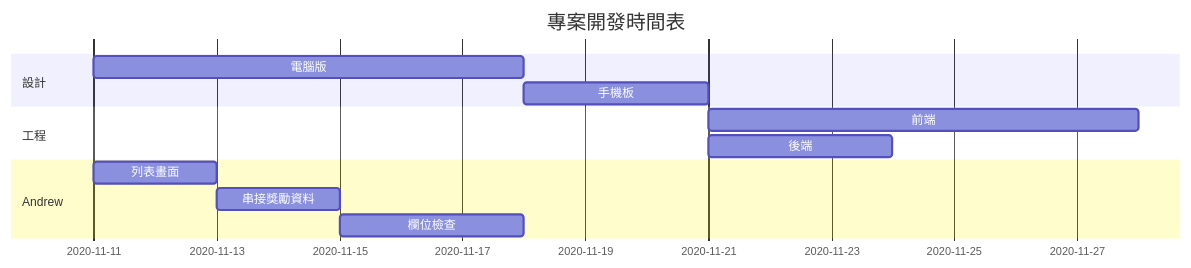
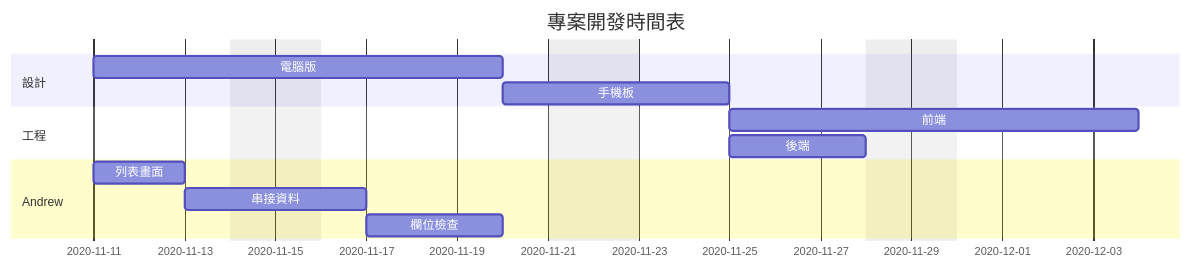
The second of 2 diagrams in markdown.md (azhgit/testRBC), drawn with Mermaid before and after one commit.

````diff
--- a/markdown.md
+++ b/markdown.md
@@ -16,17 +16,18 @@
 ```mermaid
 gantt
 title 專案開發時間表
-dateFormat  YYYY-MM-DD
+dateFormat YYYY-MM-DD
+excludes weekends
 section 設計
 電腦版: d1,2020-11-11,7d
 手機板: d2,after d1, 3d
 section 工程
 前端: after d2, 7d
 後端: after d2, 3d
 
 
 section Andrew
 列表畫面: a1,2020-11-11,2d
-串接獎勵資料: a2,after a1,2d
+串接資料: a2,after a1,2d
 欄位檢查: after a2,3d
 ```
````
